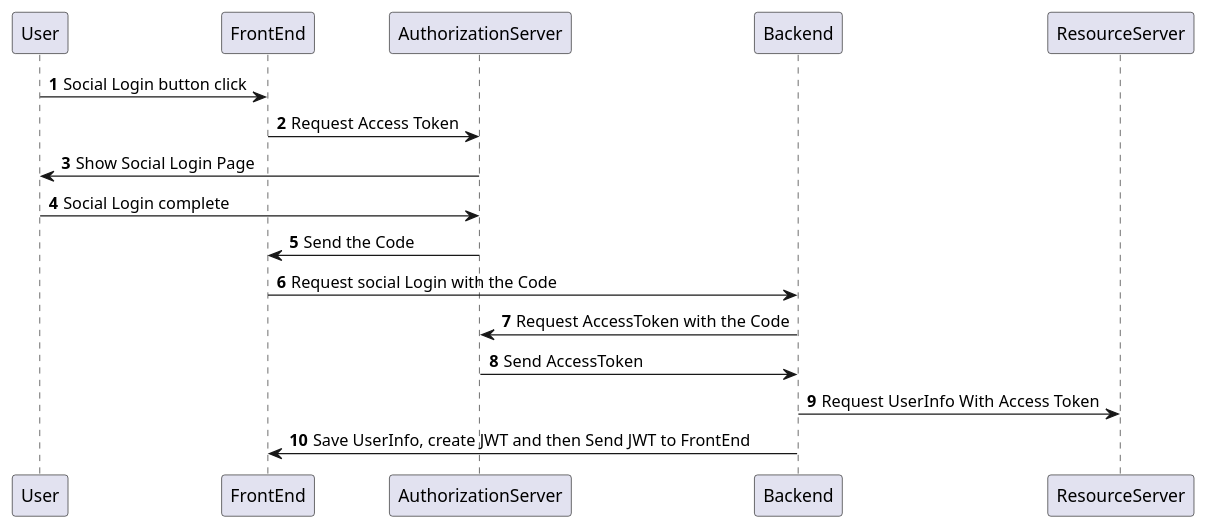
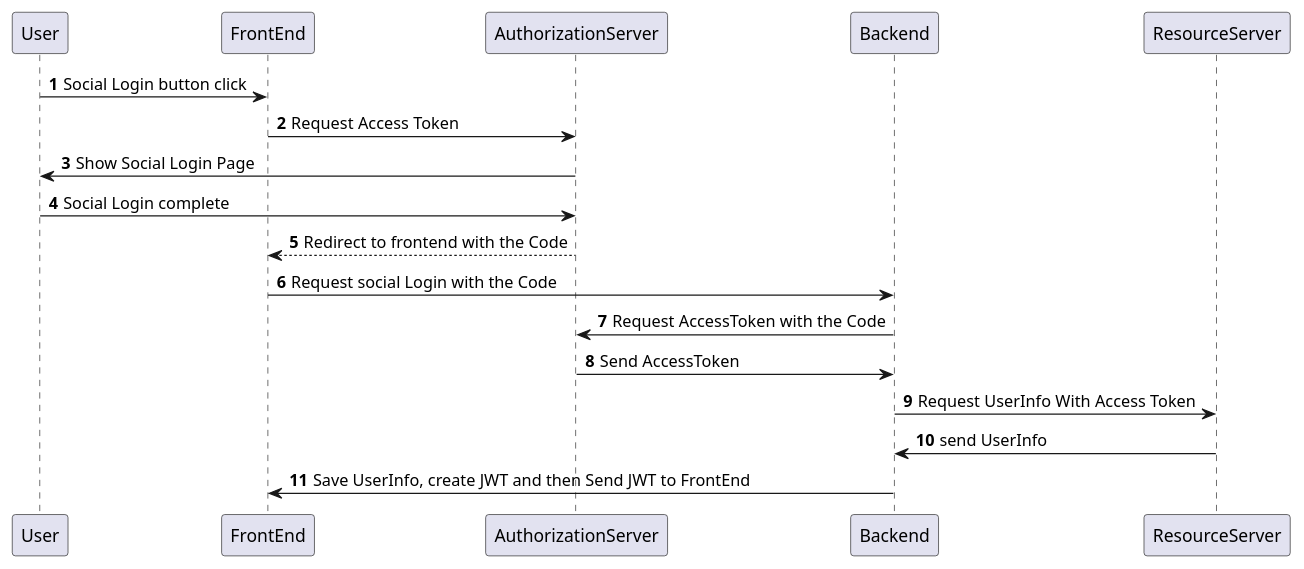
Before and after one commit to dannyjaehoon/memopet-backend: the diagram in .github/ISSUE_TEMPLATE/SpringSecurity.puml, drawn with PlantUML. The commit also changed 8 other files, not shown here.

```diff
--- a/.github/ISSUE_TEMPLATE/SpringSecurity.puml
+++ b/.github/ISSUE_TEMPLATE/SpringSecurity.puml
@@ -1,16 +1,17 @@
 @startuml
 'https://plantuml.com/sequence-diagram
 
 autonumber
 
 User -> FrontEnd: Social Login button click
 FrontEnd -> AuthorizationServer: Request Access Token
 AuthorizationServer->User: Show Social Login Page
 User -> AuthorizationServer: Social Login complete
-AuthorizationServer -> FrontEnd: Send the Code
+AuthorizationServer --> FrontEnd: Redirect to frontend with the Code
 FrontEnd -> Backend: Request social Login with the Code
 Backend -> AuthorizationServer: Request AccessToken with the Code
 AuthorizationServer->Backend: Send AccessToken
 Backend -> ResourceServer: Request UserInfo With Access Token
+ResourceServer->Backend: send UserInfo
 Backend -> FrontEnd: Save UserInfo, create JWT and then Send JWT to FrontEnd
 @enduml
```
